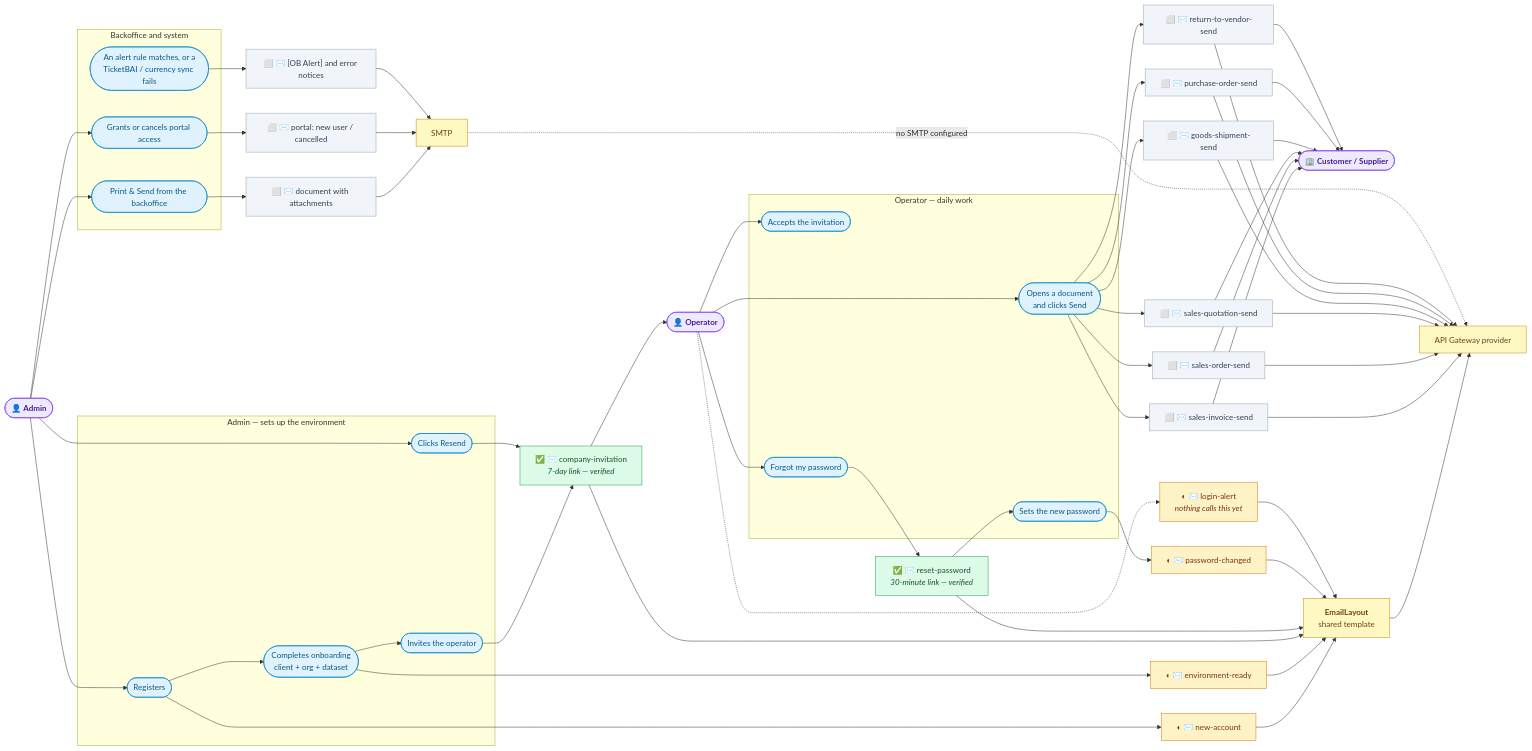
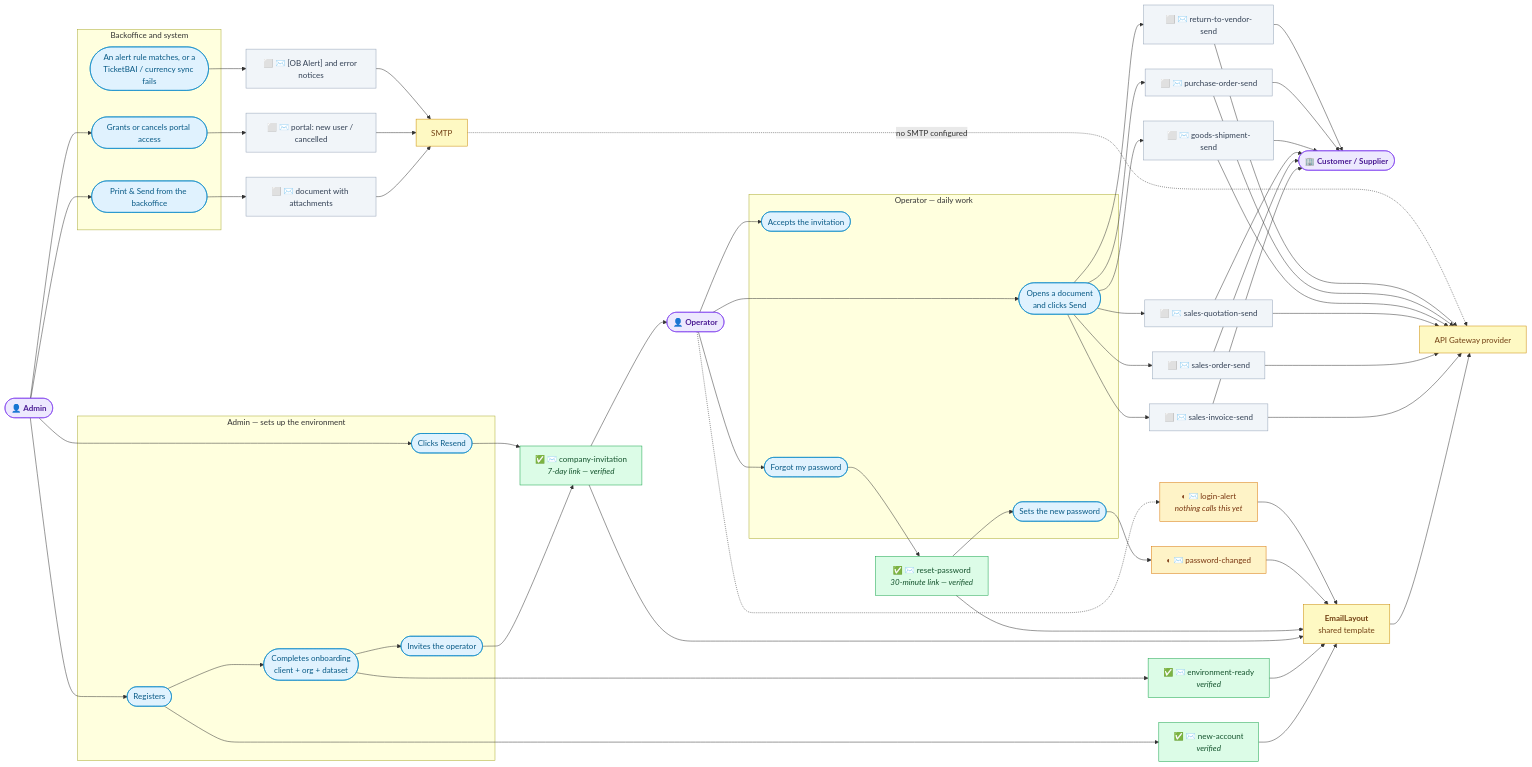
The diagram in docs/email-inventory.md (etendosoftware/etendo_schema_forge), drawn with Mermaid before and after one commit. The commit also changed other lines of this file, not shown here.

First line of the commit message:
Feature ETP-5003: Mark the welcome and environment-ready emails verified

````diff
--- a/docs/email-inventory.md
+++ b/docs/email-inventory.md
@@ -24,81 +24,81 @@
 ```mermaid
 graph LR
   ADMIN(["👤 <b>Admin</b>"])
   OPER(["👤 <b>Operator</b>"])
   PARTY(["🏢 <b>Customer / Supplier</b>"])
 
   subgraph SETUP["Admin — sets up the environment"]
     A1(["Registers"])
     A2(["Completes onboarding<br/>client + org + dataset"])
     A3(["Invites the operator"])
     A4(["Clicks Resend"])
   end
 
   subgraph WORK["Operator — daily work"]
     O1(["Accepts the invitation"])
     O2(["Forgot my password"])
     O3(["Sets the new password"])
     O4(["Opens a document<br/>and clicks Send"])
   end
 
   subgraph SYS["Backoffice and system"]
     K1(["Print &amp; Send from the backoffice"])
     K2(["Grants or cancels portal access"])
     K3(["An alert rule matches, or a<br/>TicketBAI / currency sync fails"])
   end
 
-  M1["◐ ✉️ new-account"]
-  M2["◐ ✉️ environment-ready"]
+  M1["✅ ✉️ new-account<br/><i>verified</i>"]
+  M2["✅ ✉️ environment-ready<br/><i>verified</i>"]
   M3["✅ ✉️ company-invitation<br/><i>7-day link — verified</i>"]
   M4["✅ ✉️ reset-password<br/><i>30-minute link — verified</i>"]
   M5["◐ ✉️ password-changed"]
   M6["◐ ✉️ login-alert<br/><i>nothing calls this yet</i>"]
   D1["⬜ ✉️ sales-invoice-send"]
   D2["⬜ ✉️ sales-order-send"]
   D3["⬜ ✉️ sales-quotation-send"]
   D4["⬜ ✉️ goods-shipment-send"]
   D5["⬜ ✉️ purchase-order-send"]
   D6["⬜ ✉️ return-to-vendor-send"]
   C1["⬜ ✉️ document with attachments"]
   C2["⬜ ✉️ portal: new user / cancelled"]
   C3["⬜ ✉️ [OB Alert] and error notices"]
 
   LAYOUT["<b>EmailLayout</b><br/>shared template"]
   PROVIDER["API Gateway provider"]
   SMTP["SMTP"]
 
   ADMIN --> A1 --> M1
   A1 --> A2 --> M2
   A2 --> A3 --> M3
   ADMIN --> A4 --> M3
   M3 --> OPER
 
   OPER --> O1
   OPER --> O2 --> M4 --> O3 --> M5
   OPER -.-> M6
   OPER --> O4
   O4 --> D1 & D2 & D3 & D4 & D5 & D6
   D1 & D2 & D3 & D4 & D5 & D6 --> PARTY
 
   ADMIN --> K1 --> C1
   ADMIN --> K2 --> C2
   K3 --> C3
 
   M1 & M2 & M3 & M4 & M5 & M6 --> LAYOUT --> PROVIDER
   D1 & D2 & D3 & D4 & D5 & D6 --> PROVIDER
   C1 & C2 & C3 --> SMTP
   SMTP -. "no SMTP configured" .-> PROVIDER
 
   classDef verified fill:#dcfce7,stroke:#16a34a,color:#14532d
   classDef migrated fill:#fef3c7,stroke:#d97706,color:#78350f
   classDef todo fill:#f1f5f9,stroke:#94a3b8,color:#334155
   classDef act fill:#e0f2fe,stroke:#0284c7,color:#075985
   classDef who fill:#ede9fe,stroke:#7c3aed,color:#4c1d95
   classDef hub fill:#fef9c3,stroke:#ca8a04,color:#713f12
-  class M3,M4 verified
-  class M1,M2,M5,M6 migrated
+  class M1,M2,M3,M4 verified
+  class M5,M6 migrated
   class D1,D2,D3,D4,D5,D6,C1,C2,C3 todo
   class A1,A2,A3,A4,O1,O2,O3,O4,K1,K2,K3 act
   class ADMIN,OPER,PARTY who
   class LAYOUT,PROVIDER,SMTP hub
 ```
````
